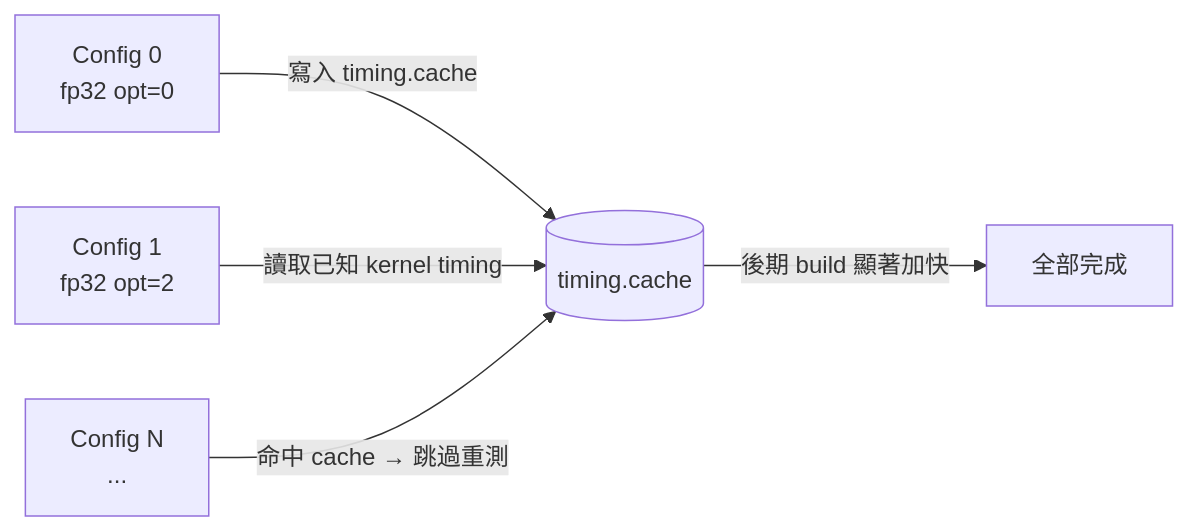
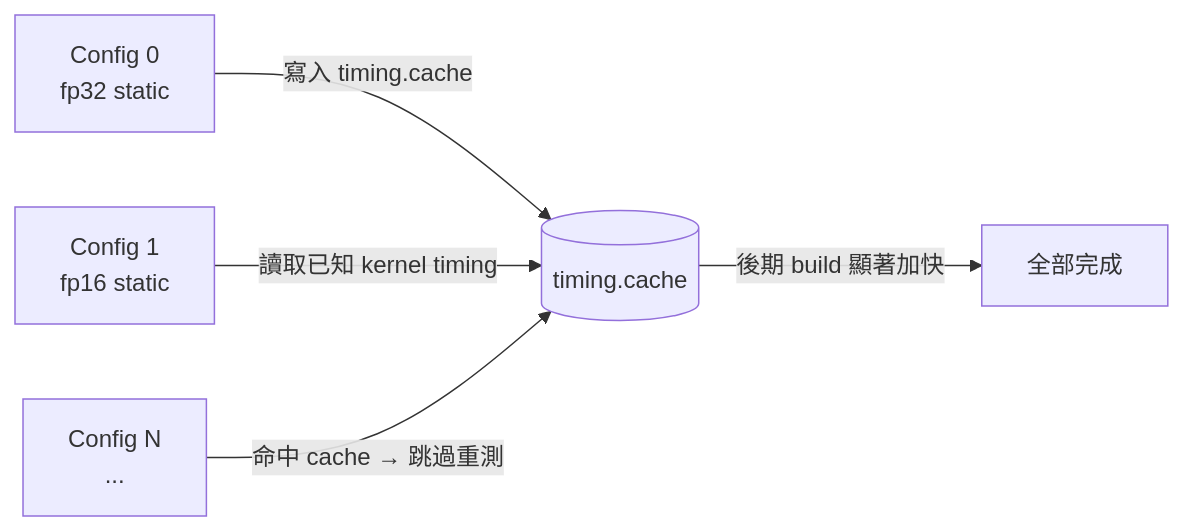
The first of 6 diagrams in book/src/benchmark/param-sweep.md (wizardhsiehcom/tensorrt), drawn with Mermaid before and after one commit. The commit also changed other lines of this file and 14 other files, not shown here.

````diff
--- a/book/src/benchmark/param-sweep.md
+++ b/book/src/benchmark/param-sweep.md
@@ -18,7 +47,7 @@
 ```mermaid
 flowchart LR
-    C1["Config 0<br/>fp32 opt=0"] -->|"寫入 timing.cache"| TC[("timing.cache")]
-    C2["Config 1<br/>fp32 opt=2"] -->|"讀取已知 kernel timing"| TC
+    C1["Config 0<br/>fp32 static"] -->|"寫入 timing.cache"| TC[("timing.cache")]
+    C2["Config 1<br/>fp16 static"] -->|"讀取已知 kernel timing"| TC
     C3["Config N<br/>..."] -->|"命中 cache → 跳過重測"| TC
     TC -->|"後期 build 顯著加快"| DONE["全部完成"]
 ```
````
